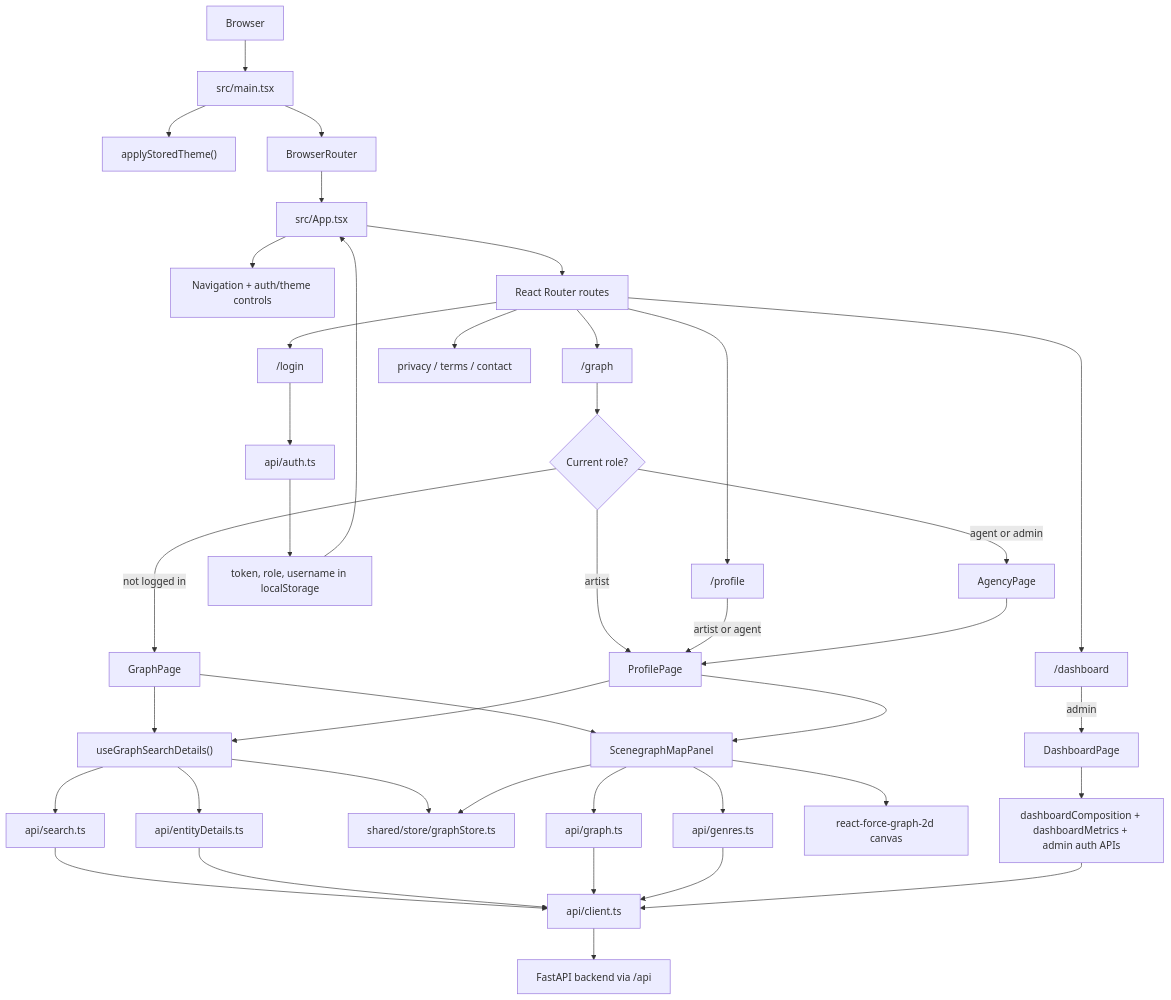
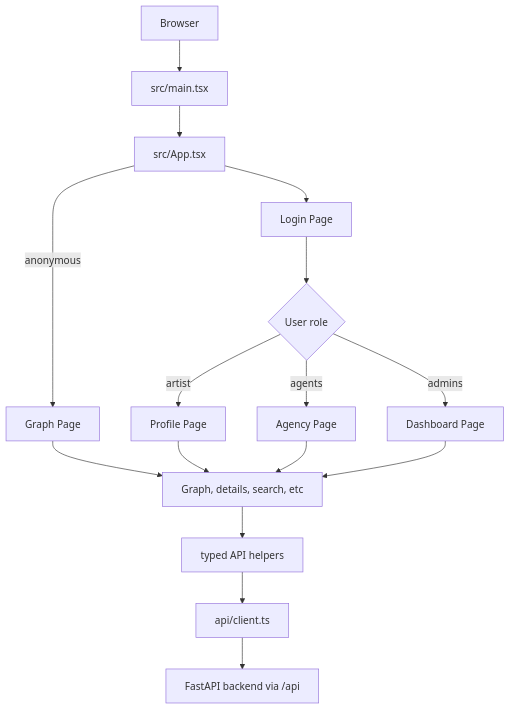
The diagram in frontend/README.md (tghnx1/scenegraph), drawn with Mermaid before and after one commit. The commit also changed other lines of this file, not shown here.

````diff
--- a/frontend/README.md
+++ b/frontend/README.md
@@ -32,51 +32,21 @@
 ```mermaid
 flowchart TD
     Browser["Browser"] --> Main["src/main.tsx"]
-    Main --> Theme["applyStoredTheme()"]
-    Main --> Router["BrowserRouter"]
-    Router --> App["src/App.tsx"]
+    Main --> App["src/App.tsx"]
+    
+		App --> |anonymous| Graph["Graph Page"]
+		App --> Login["Login Page"]
+		
+		Login --> Role{"User role"} 
+		Role --> |artist| Profile["Profile Page"]
+		Role --> |agents| Agency["Agency Page"]
+		Role --> |admins| Dashboard["Dashboard Page"]
 
-    App --> Nav["Navigation + auth/theme controls"]
-    App --> Routes["React Router routes"]
-
-    Routes --> GraphRoute["/graph"]
-    Routes --> LoginRoute["/login"]
-    Routes --> DashboardRoute["/dashboard"]
-    Routes --> ProfileRoute["/profile"]
-    Routes --> AboutRoutes["privacy / terms / contact"]
-
-    LoginRoute --> AuthApi["api/auth.ts"]
-    AuthApi --> LocalStorage["token, role, username in localStorage"]
-    LocalStorage --> App
-
-    GraphRoute --> RoleSwitch{"Current role?"}
-    RoleSwitch -->|not logged in| GraphPage["GraphPage"]
-    RoleSwitch -->|artist| ProfilePage["ProfilePage"]
-    RoleSwitch -->|agent or admin| AgencyPage["AgencyPage"]
-    ProfileRoute -->|artist or agent| ProfilePage
-
-    GraphPage --> GraphSearchHook["useGraphSearchDetails()"]
-    ProfilePage --> GraphSearchHook
-    AgencyPage --> ProfilePage
-
-    GraphSearchHook --> SearchApi["api/search.ts"]
-    GraphSearchHook --> DetailApi["api/entityDetails.ts"]
-    GraphSearchHook --> GraphStore["shared/store/graphStore.ts"]
-
-    GraphPage --> GraphPanel["ScenegraphMapPanel"]
-    ProfilePage --> GraphPanel
-    GraphPanel --> GraphApi["api/graph.ts"]
-    GraphPanel --> GenresApi["api/genres.ts"]
-    GraphPanel --> ForceGraph["react-force-graph-2d canvas"]
-    GraphPanel --> GraphStore
-
-    DashboardRoute -->|admin| DashboardPage["DashboardPage"]
-    DashboardPage --> DashboardApis["dashboardComposition + dashboardMetrics + admin auth APIs"]
-
-    SearchApi --> Client["api/client.ts"]
-    DetailApi --> Client
-    GraphApi --> Client
-    GenresApi --> Client
-    DashboardApis --> Client
-    Client --> Backend["FastAPI backend via /api"]
+		Graph --> Interface["Graph, details, search, etc"]
+		Profile --> Interface
+		Agency --> Interface
+		Dashboard --> Interface
+		Interface --> ApiFiles["typed API helpers"]
+		ApiFiles --> Client["api/client.ts"]
+		Client --> Backend["FastAPI backend via /api"]
 ```
````
